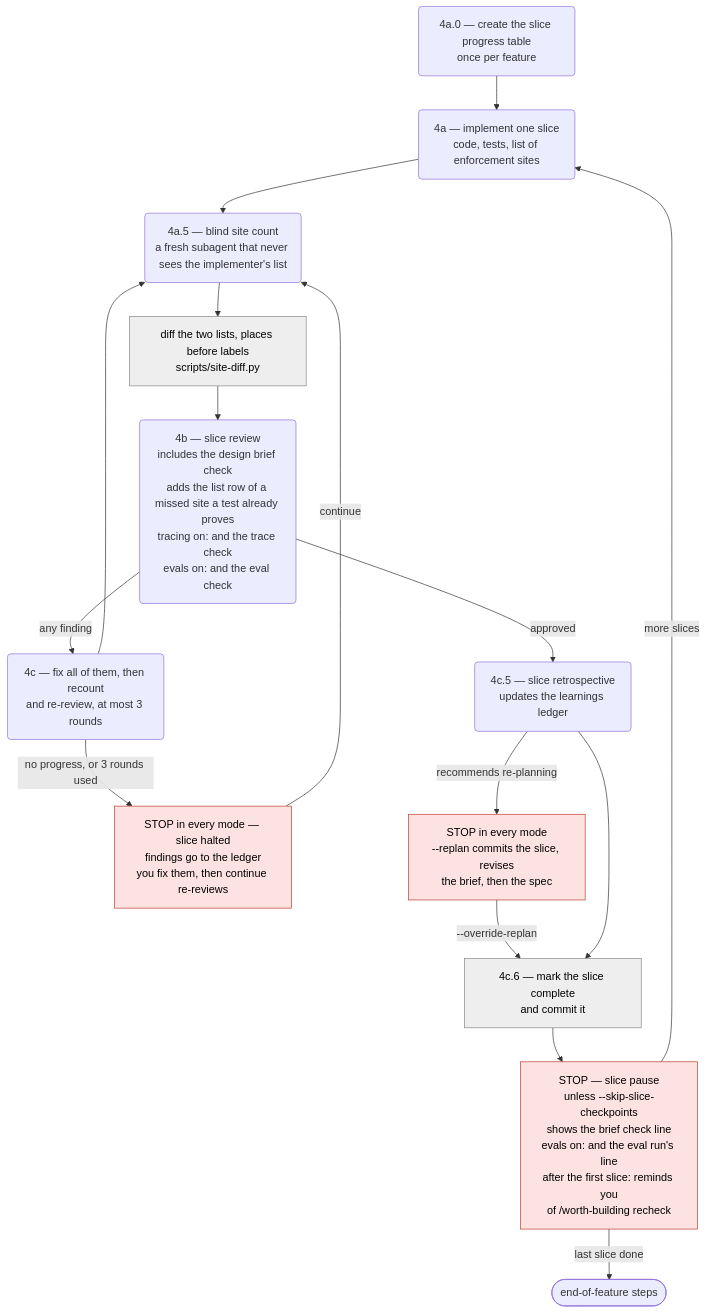
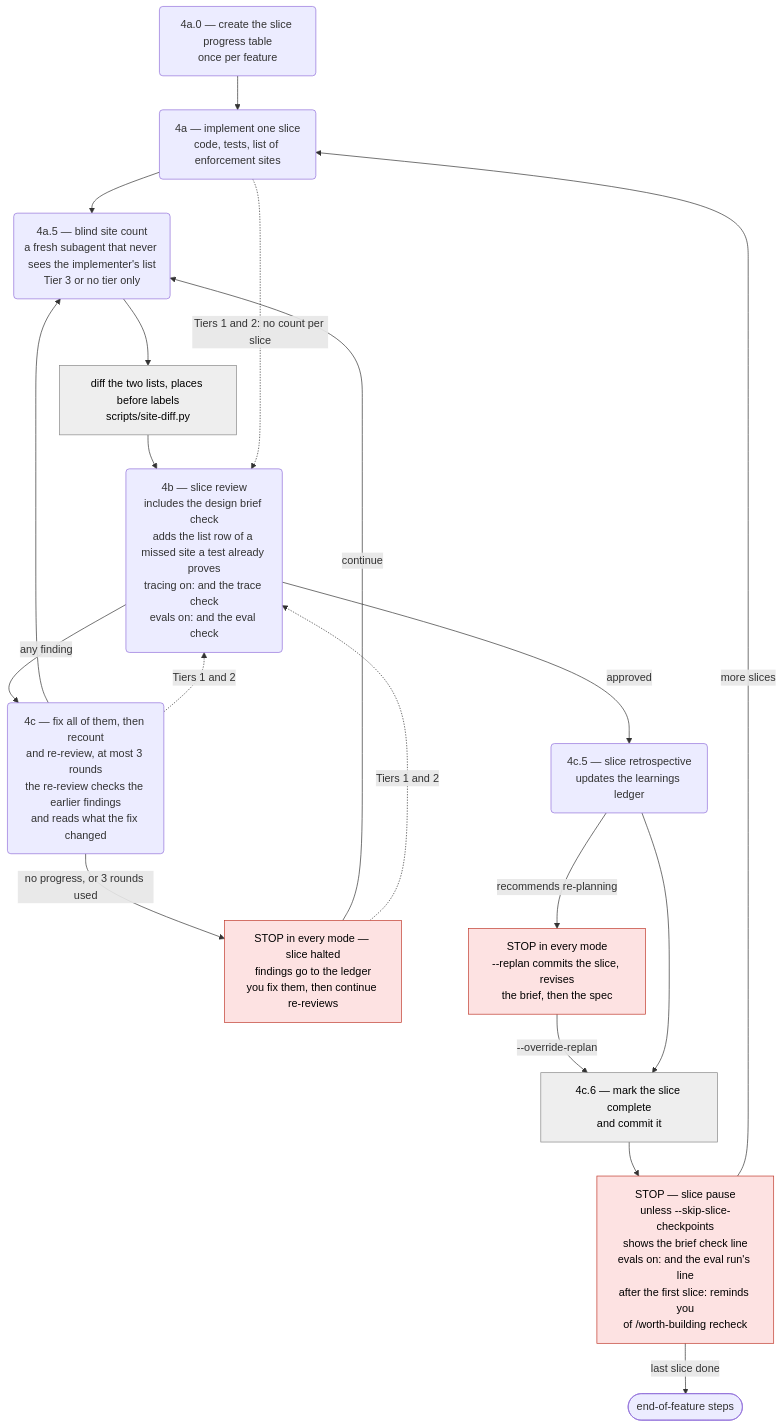
The third of 4 diagrams in agent-engineering/docs/sdd-flow-diagram.md (pablooliva/claude-plugins), drawn with Mermaid before and after one commit. The commit also changed other lines of this file and 10 other files, not shown here.

First line of the commit message:
ae(3.14.0): release — lighter sdd-flow reviews

````diff
--- a/agent-engineering/docs/sdd-flow-diagram.md
+++ b/agent-engineering/docs/sdd-flow-diagram.md
@@ -93,21 +93,24 @@
 ```mermaid
 flowchart TD
     scaffold("4a.0 — create the slice progress table<br/>once per feature") --> impl("4a — implement one slice<br/>code, tests, list of enforcement sites")
-    impl --> count("4a.5 — blind site count<br/>a fresh subagent that never sees the implementer's list")
+    impl --> count("4a.5 — blind site count<br/>a fresh subagent that never sees the implementer's list<br/>Tier 3 or no tier only")
     count --> diff["diff the two lists, places before labels<br/>scripts/site-diff.py"]:::orch
     diff --> review("4b — slice review<br/>includes the design brief check<br/>adds the list row of a missed site a test already proves<br/>tracing on: and the trace check<br/>evals on: and the eval check")
-    review -- "any finding" --> fix("4c — fix all of them, then recount<br/>and re-review, at most 3 rounds")
+    impl -. "Tiers 1 and 2: no count per slice" .-> review
+    review -- "any finding" --> fix("4c — fix all of them, then recount<br/>and re-review, at most 3 rounds<br/>the re-review checks the earlier findings<br/>and reads what the fix changed")
     fix --> count
+    fix -. "Tiers 1 and 2" .-> review
     fix -- "no progress, or 3 rounds used" --> halt["STOP in every mode — slice halted<br/>findings go to the ledger<br/>you fix them, then continue re-reviews"]:::stop
     halt -- "continue" --> count
+    halt -. "Tiers 1 and 2" .-> review
     review -- "approved" --> retro("4c.5 — slice retrospective<br/>updates the learnings ledger")
     retro -- "recommends re-planning" --> replan["STOP in every mode<br/>--replan commits the slice, revises<br/>the brief, then the spec"]:::stop
     replan -- "--override-replan" --> commit
     retro --> commit["4c.6 — mark the slice complete<br/>and commit it"]:::orch
     commit --> pause["STOP — slice pause<br/>unless --skip-slice-checkpoints<br/>shows the brief check line<br/>evals on: and the eval run's line<br/>after the first slice: reminds you<br/>of /worth-building recheck"]:::stop
     pause -- "more slices" --> impl
     pause -- "last slice done" --> eof(["end-of-feature steps"])
 
     classDef stop fill:#fde2e2,stroke:#c0392b,color:#000
     classDef orch fill:#eeeeee,stroke:#888888,color:#000
 ```
````
